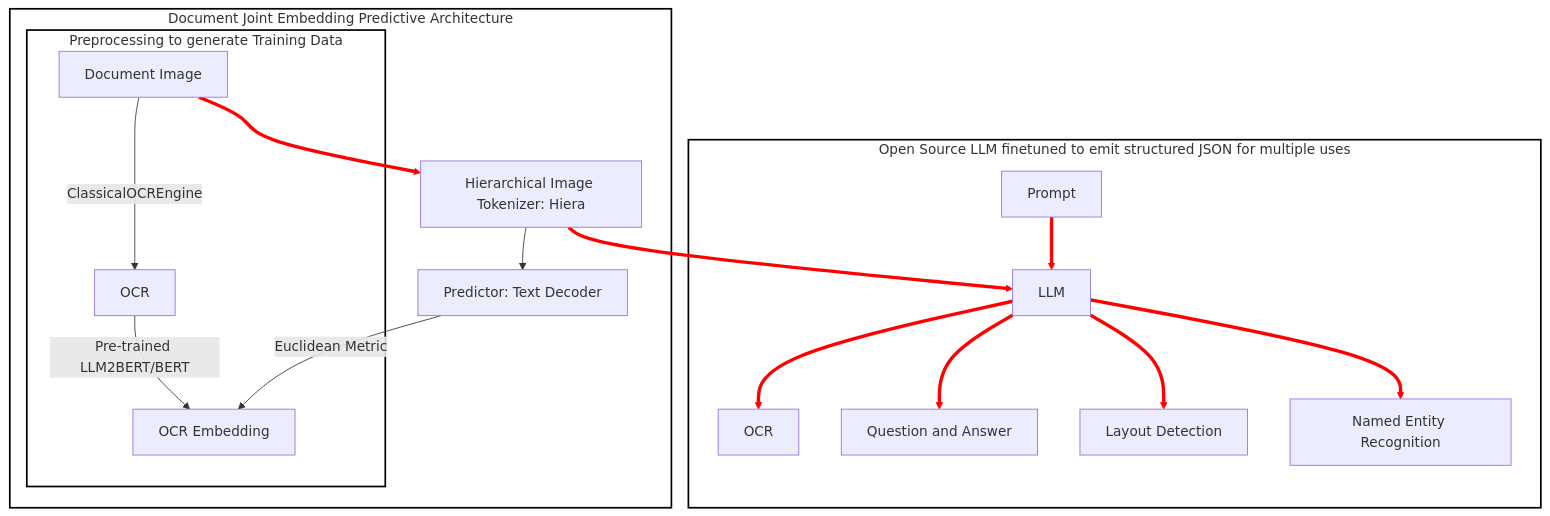
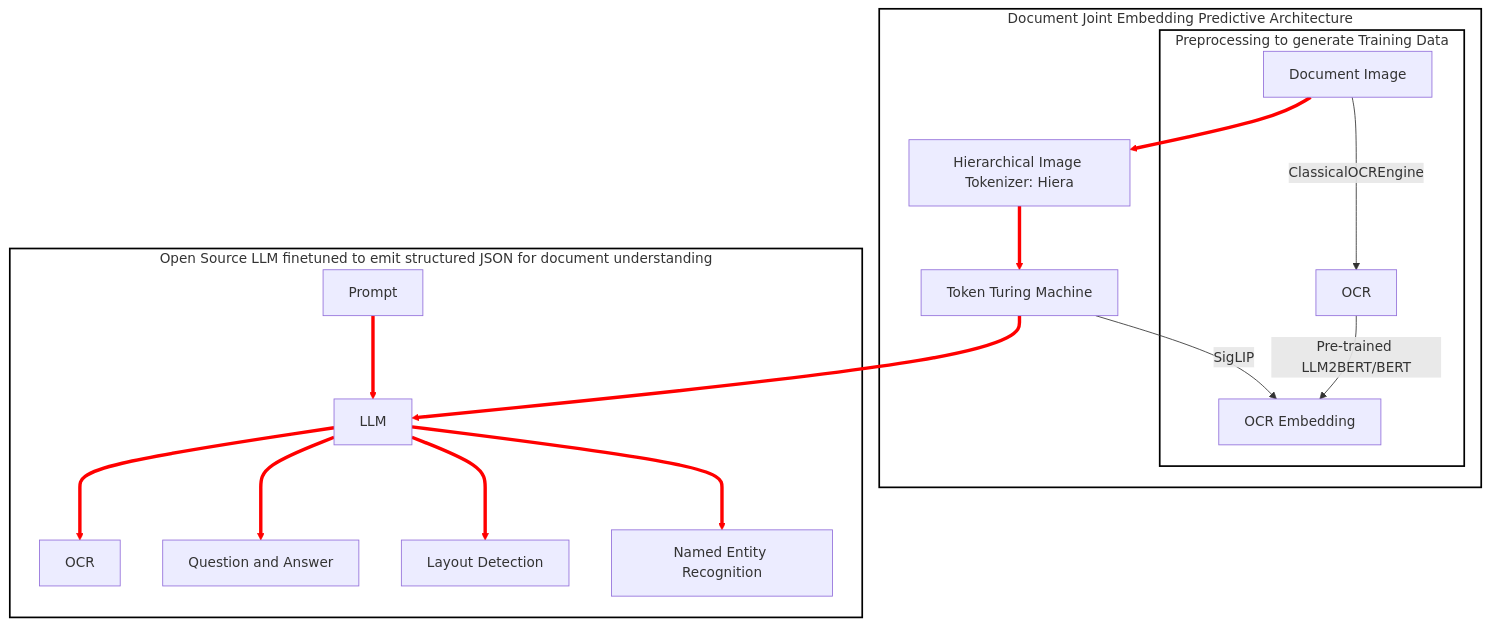
One commit to das-projects/iclr25 changed the first of 2 diagrams in README.md. Above: the diagram before and after it, drawn with Mermaid. The commit also changed other lines of this file and 35 other files, not shown here.

````diff
--- a/README.md
+++ b/README.md
@@ -3,33 +5,34 @@
 ```mermaid
 graph TD
     subgraph sg1 [Document Joint Embedding Predictive Architecture]
         style sg1 fill:none,stroke:black,stroke-width:2px;
         A[Document Image] --> B[Hierarchical Image Tokenizer: Hiera]
         subgraph sg3 [Preprocessing to generate Training Data]
             style sg3 fill:none,stroke:black,stroke-width:2px;
                 A --ClassicalOCREngine--> J[OCR]
                 J --Pre-trained LLM2BERT/BERT--> K[OCR Embedding]
         end
-        B --> C[Predictor: Text Decoder]
-        C --Euclidean Metric--> K
+        B --> C[Token Turing Machine]
+        C --SigLIP--> K
     end
 
-    subgraph sg2 [Open Source LLM finetuned to emit structured JSON for multiple uses]
+    subgraph sg2 [Open Source LLM finetuned to emit structured JSON for document understanding]
         style sg2 fill:none,stroke:black,stroke-width:2px;
-            B --> D[LLM]
+            C --> D[LLM]
             E[Prompt] --> D
             D --> F[OCR]
             D --> G[Question and Answer]
             D --> H[Layout Detection]
             D --> I[Named Entity Recognition]
     end
 
     %% Highlighted paths representing inference path
     linkStyle 0 stroke:#ff0000,stroke-width:4px;
+    linkStyle 3 stroke:#ff0000,stroke-width:4px;
     linkStyle 5 stroke:#ff0000,stroke-width:4px;
     linkStyle 6 stroke:#ff0000,stroke-width:4px;
     linkStyle 7 stroke:#ff0000,stroke-width:4px;
     linkStyle 8 stroke:#ff0000,stroke-width:4px;
     linkStyle 9 stroke:#ff0000,stroke-width:4px;
     linkStyle 10 stroke:#ff0000,stroke-width:4px;
 ```
````
